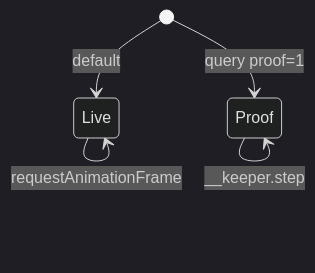
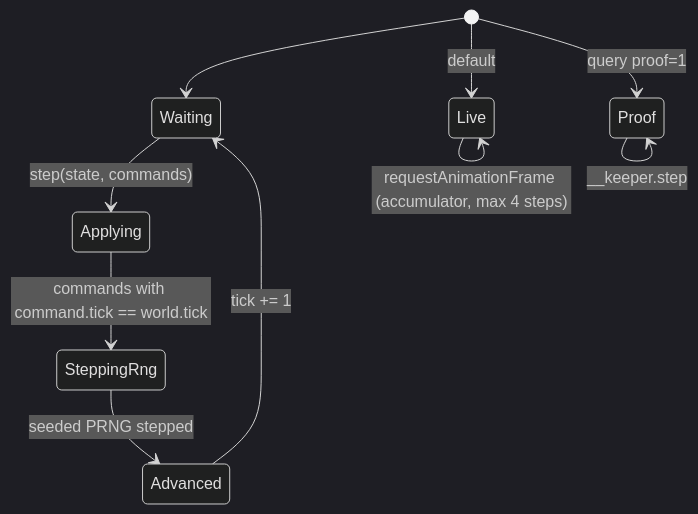
Before and after one commit to jmporchet/keeper: the sixth of 6 diagrams in docs/design.md, drawn with Mermaid (dark theme). The commit also changed other lines of this file and 17 other files, not shown here.

First line of the commit message:
Sim core: 20 Hz fixed step, seeded RNG, typed commands, state hash (#4)

````diff
--- a/docs/design.md
+++ b/docs/design.md
@@ -184,7 +186,12 @@
 ```mermaid
 stateDiagram-v2
+    [*] --> Waiting
+    Waiting --> Applying: step(state, commands)
+    Applying --> SteppingRng: commands with command.tick == world.tick
+    SteppingRng --> Advanced: seeded PRNG stepped
+    Advanced --> Waiting: tick += 1
     [*] --> Live: default
     [*] --> Proof: query proof=1
-    Live --> Live: requestAnimationFrame
+    Live --> Live: requestAnimationFrame (accumulator, max 4 steps)
     Proof --> Proof: __keeper.step
 ```
````
